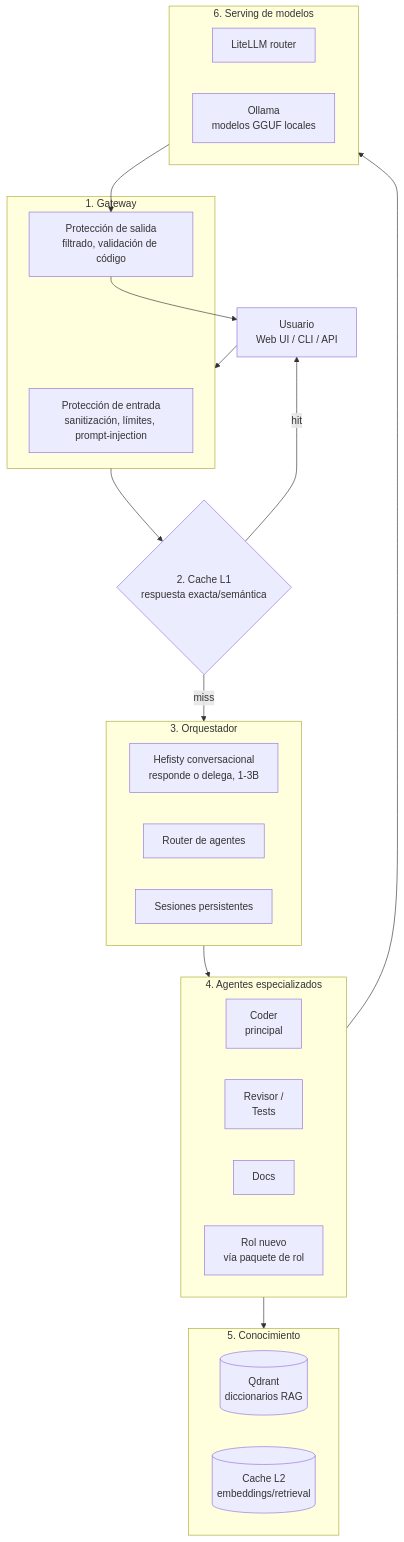
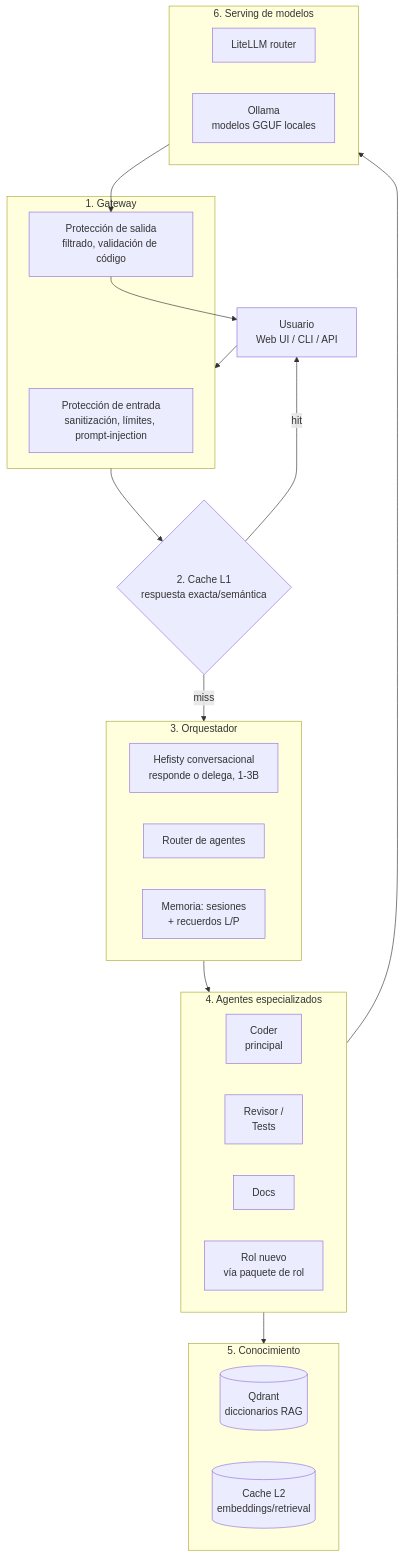
One commit to RichardDebugFile/Hefisty changed the diagram in docs/ARCHITECTURE.md. Above: the diagram before and after it, drawn with Mermaid. The commit also changed other lines of this file and 7 other files, not shown here.

````diff
--- a/docs/ARCHITECTURE.md
+++ b/docs/ARCHITECTURE.md
@@ -7,42 +7,42 @@
 ```mermaid
 flowchart TB
     U[Usuario\nWeb UI / CLI / API] --> GW
 
     subgraph GW[1. Gateway]
         IP[Protección de entrada\nsanitización, límites, prompt-injection]
         OP[Protección de salida\nfiltrado, validación de código]
     end
 
     GW --> C1{2. Cache L1\nrespuesta exacta/semántica}
     C1 -- hit --> U
     C1 -- miss --> OR
 
     subgraph OR[3. Orquestador]
         CL[Hefisty conversacional\nresponde o delega, 1-3B]
         RT[Router de agentes]
-        MEM[Sesiones persistentes]
+        MEM[Memoria: sesiones\n+ recuerdos L/P]
     end
 
     OR --> AG
 
     subgraph AG[4. Agentes especializados]
         A1[Coder\nprincipal]
         A2[Revisor /\nTests]
         A3[Docs]
         AN[Rol nuevo\nvía paquete de rol]
     end
 
     AG --> KB
     subgraph KB[5. Conocimiento]
         VDB[(Qdrant\ndiccionarios RAG)]
         C2[(Cache L2\nembeddings/retrieval)]
     end
 
     AG --> LLM
     subgraph LLM[6. Serving de modelos]
         LL[LiteLLM router]
         OL[Ollama\nmodelos GGUF locales]
     end
 
     LLM --> OP --> U
 ```
````
